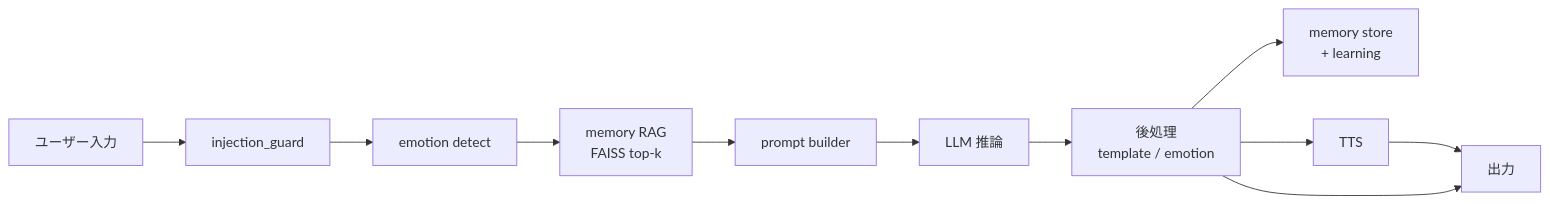
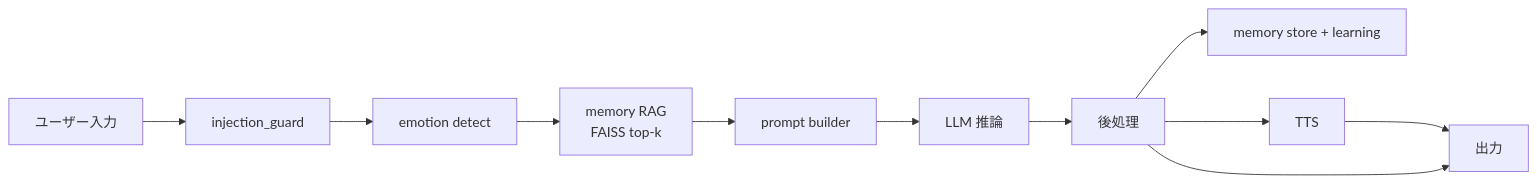
The eighth of 8 diagrams in docs/ARCHITECTURE.md (FIshota/AI), drawn with Mermaid before and after one commit. The commit also changed other lines of this file and 228 other files, not shown here.

````diff
--- a/docs/ARCHITECTURE.md
+++ b/docs/ARCHITECTURE.md
@@ -146,18 +543,18 @@
 ```mermaid
 flowchart LR
     Input[ユーザー入力]
     Guard[injection_guard]
     Emotion[emotion detect]
     RAG[memory RAG<br/>FAISS top-k]
     Prompt[prompt builder]
     LLM[LLM 推論]
-    Post[後処理<br/>template / emotion]
-    Store[memory store<br/>+ learning]
+    Post[後処理]
+    Store[memory store + learning]
     TTS[TTS]
     Output[出力]
 
     Input --> Guard --> Emotion --> RAG --> Prompt --> LLM
     LLM --> Post --> Store
     Post --> TTS --> Output
     Post --> Output
 ```
````
